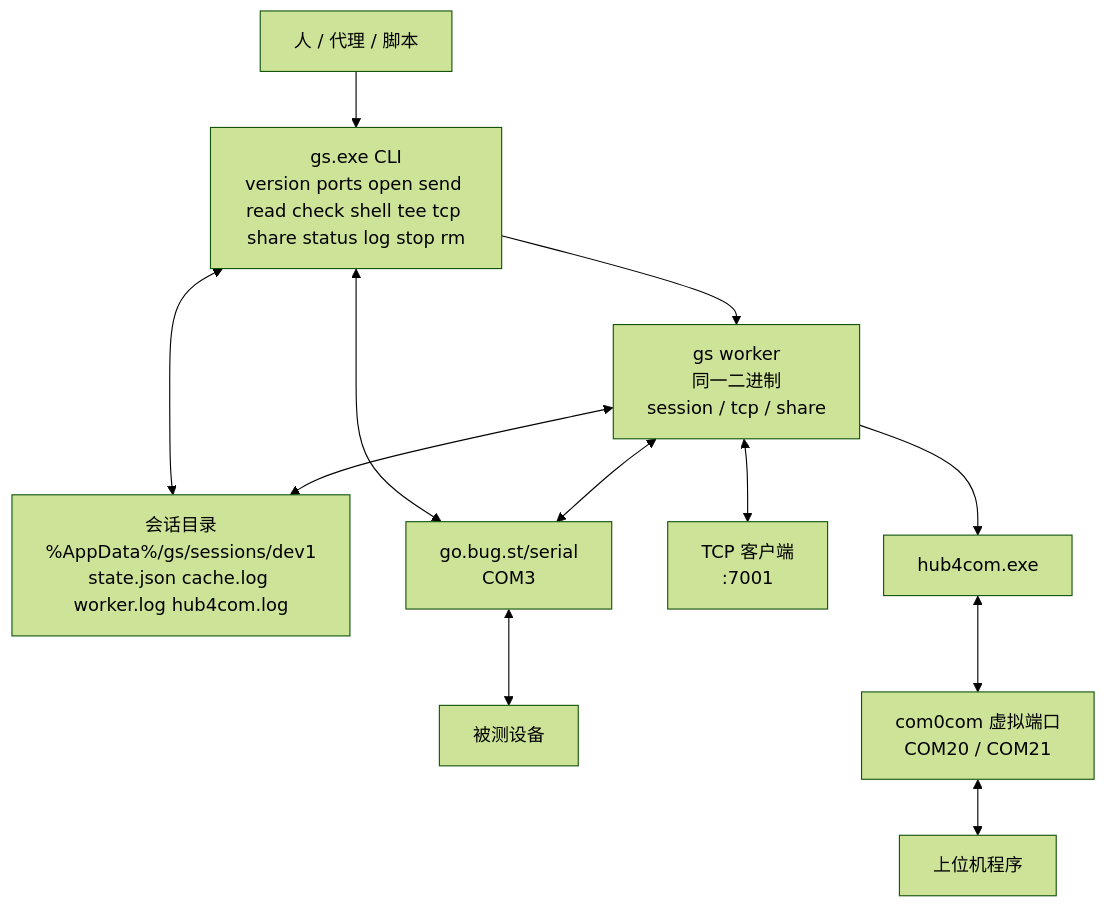
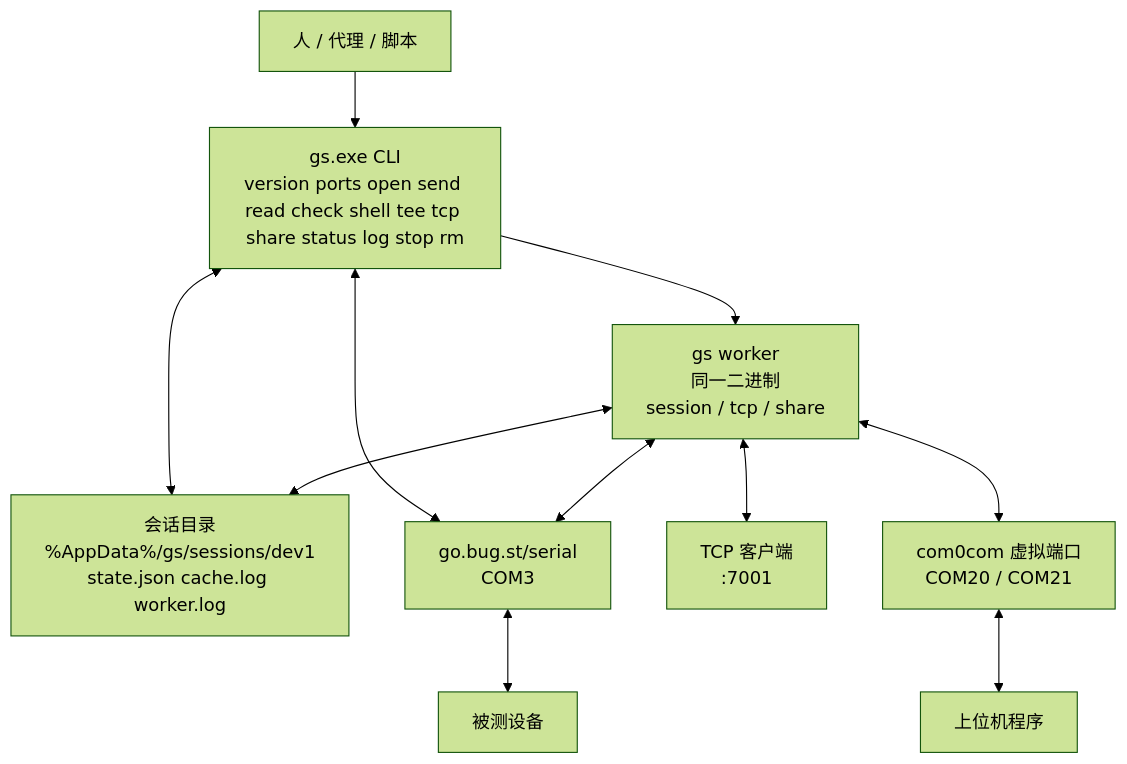
One commit to shikihane/go-serial-cli changed the third of 4 diagrams in README.zh-CN.md. Above: the diagram before and after it, drawn with Mermaid (forest theme). The commit also changed other lines of this file and 17 other files, not shown here.

````diff
--- a/README.zh-CN.md
+++ b/README.zh-CN.md
@@ -379,25 +377,23 @@
 ```mermaid
 flowchart TB
     user["人 / 代理 / 脚本"]
     cli["gs.exe CLI\nversion ports open send read check shell tee tcp share status log stop rm"]
-    store["会话目录\n%AppData%/gs/sessions/dev1\nstate.json cache.log worker.log hub4com.log"]
+    store["会话目录\n%AppData%/gs/sessions/dev1\nstate.json cache.log worker.log"]
     worker["gs worker\n同一二进制\nsession / tcp / share"]
     serial["go.bug.st/serial\nCOM3"]
     device["被测设备"]
     tcp["TCP 客户端\n:7001"]
-    hub["hub4com.exe"]
     com0com["com0com 虚拟端口\nCOM20 / COM21"]
     app["上位机程序"]
 
     user --> cli
     cli <--> store
     cli <--> serial
     serial <--> device
     cli --> worker
     worker <--> store
     worker <--> serial
     worker <--> tcp
-    worker --> hub
-    hub <--> com0com
+    worker <--> com0com
     com0com <--> app
 ```
````
